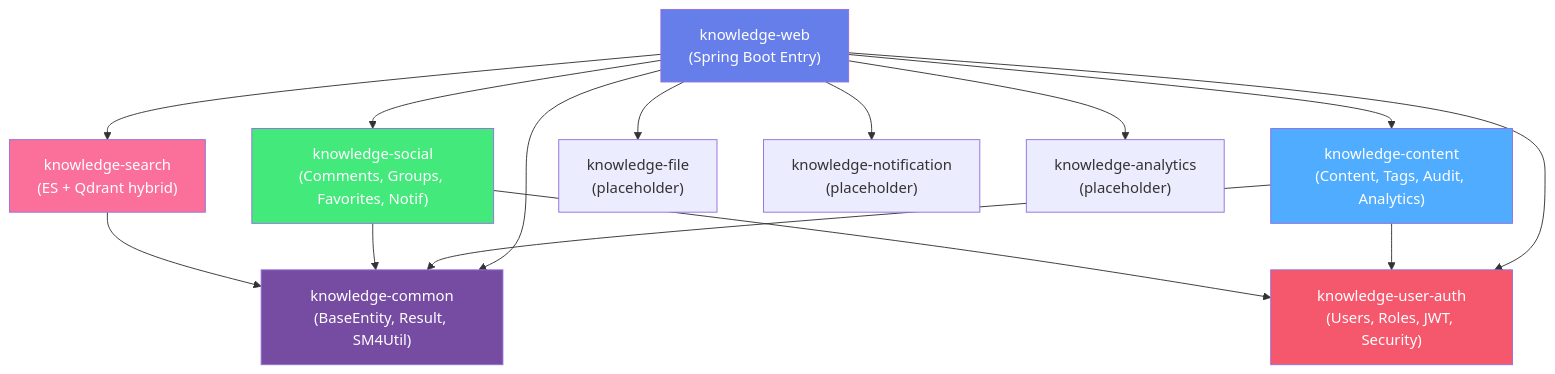
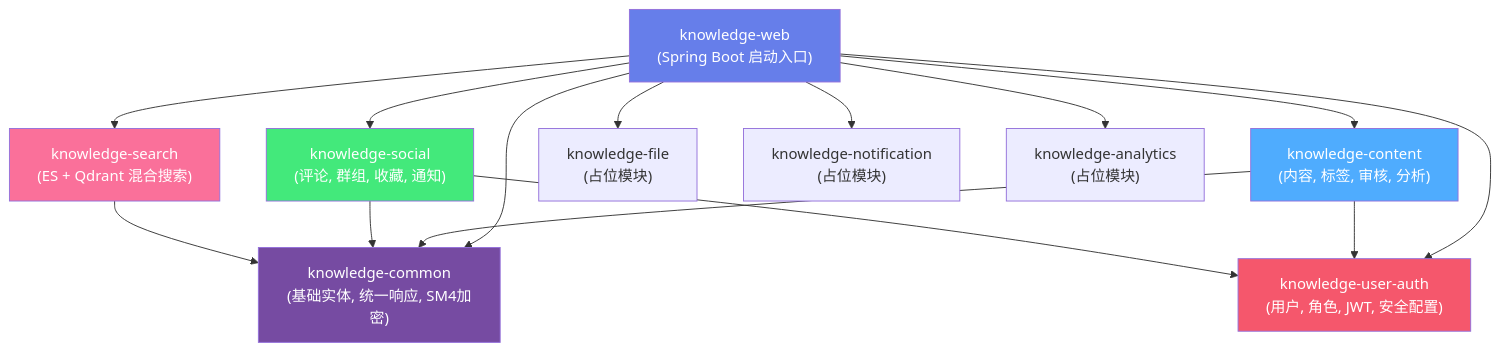
The second of 12 diagrams in docs/design/architecture-and-design.md (JiongJiongP/knowledge-share), drawn with Mermaid before and after one commit. The commit also changed other lines of this file, not shown here.

Commit message:
docs: translate architecture design document to Chinese

````diff
--- a/docs/design/architecture-and-design.md
+++ b/docs/design/architecture-and-design.md
@@ -102,34 +102,34 @@
 ```mermaid
 graph TB
-    Web["knowledge-web\n(Spring Boot Entry)"]
-    Common["knowledge-common\n(BaseEntity, Result, SM4Util)"]
-    UserAuth["knowledge-user-auth\n(Users, Roles, JWT, Security)"]
-    Content["knowledge-content\n(Content, Tags, Audit, Analytics)"]
-    Social["knowledge-social\n(Comments, Groups, Favorites, Notif)"]
-    Search["knowledge-search\n(ES + Qdrant hybrid)"]
-    File["knowledge-file\n(placeholder)"]
-    Notif["knowledge-notification\n(placeholder)"]
-    Analytics["knowledge-analytics\n(placeholder)"]
+    Web["knowledge-web\n(Spring Boot 启动入口)"]
+    Common["knowledge-common\n(基础实体, 统一响应, SM4加密)"]
+    UserAuth["knowledge-user-auth\n(用户, 角色, JWT, 安全配置)"]
+    Content["knowledge-content\n(内容, 标签, 审核, 分析)"]
+    Social["knowledge-social\n(评论, 群组, 收藏, 通知)"]
+    Search["knowledge-search\n(ES + Qdrant 混合搜索)"]
+    File["knowledge-file\n(占位模块)"]
+    Notif["knowledge-notification\n(占位模块)"]
+    Analytics["knowledge-analytics\n(占位模块)"]
 
     Web --> Common
     Web --> UserAuth
     Web --> Content
     Web --> Social
     Web --> Search
     Web --> File
     Web --> Notif
     Web --> Analytics
 
     Content --> Common
     Content --> UserAuth
     Social --> Common
     Social --> UserAuth
     Search --> Common
 
     style Web fill:#667eea,color:#fff
     style Common fill:#764ba2,color:#fff
     style UserAuth fill:#f5576c,color:#fff
     style Content fill:#4facfe,color:#fff
     style Social fill:#43e97b,color:#fff
     style Search fill:#fa709a,color:#fff
 ```
````
